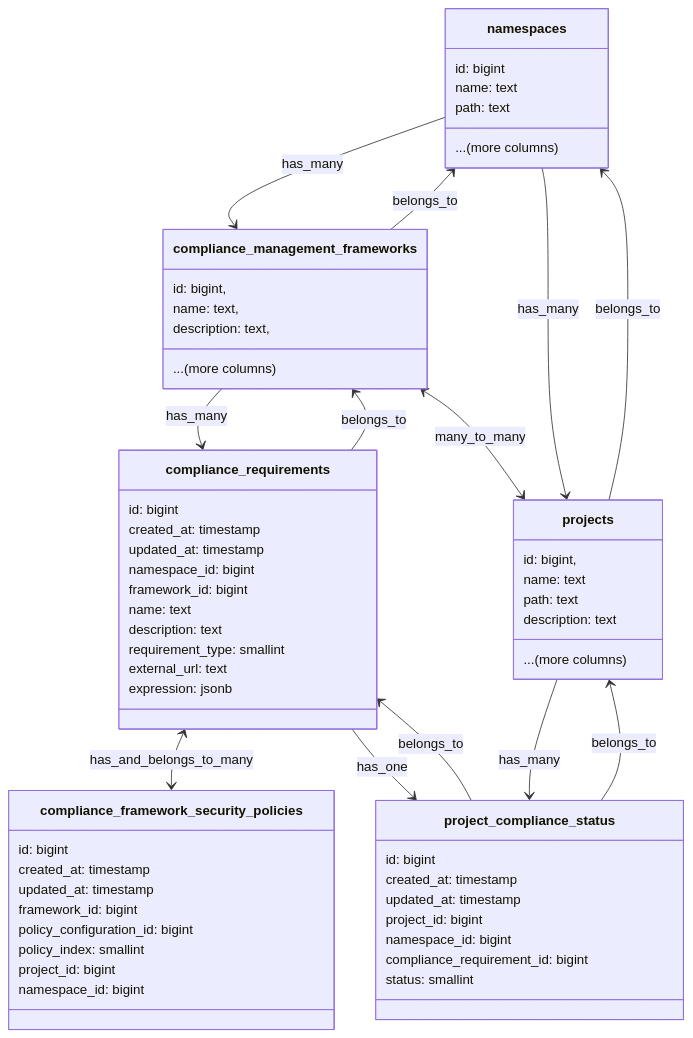
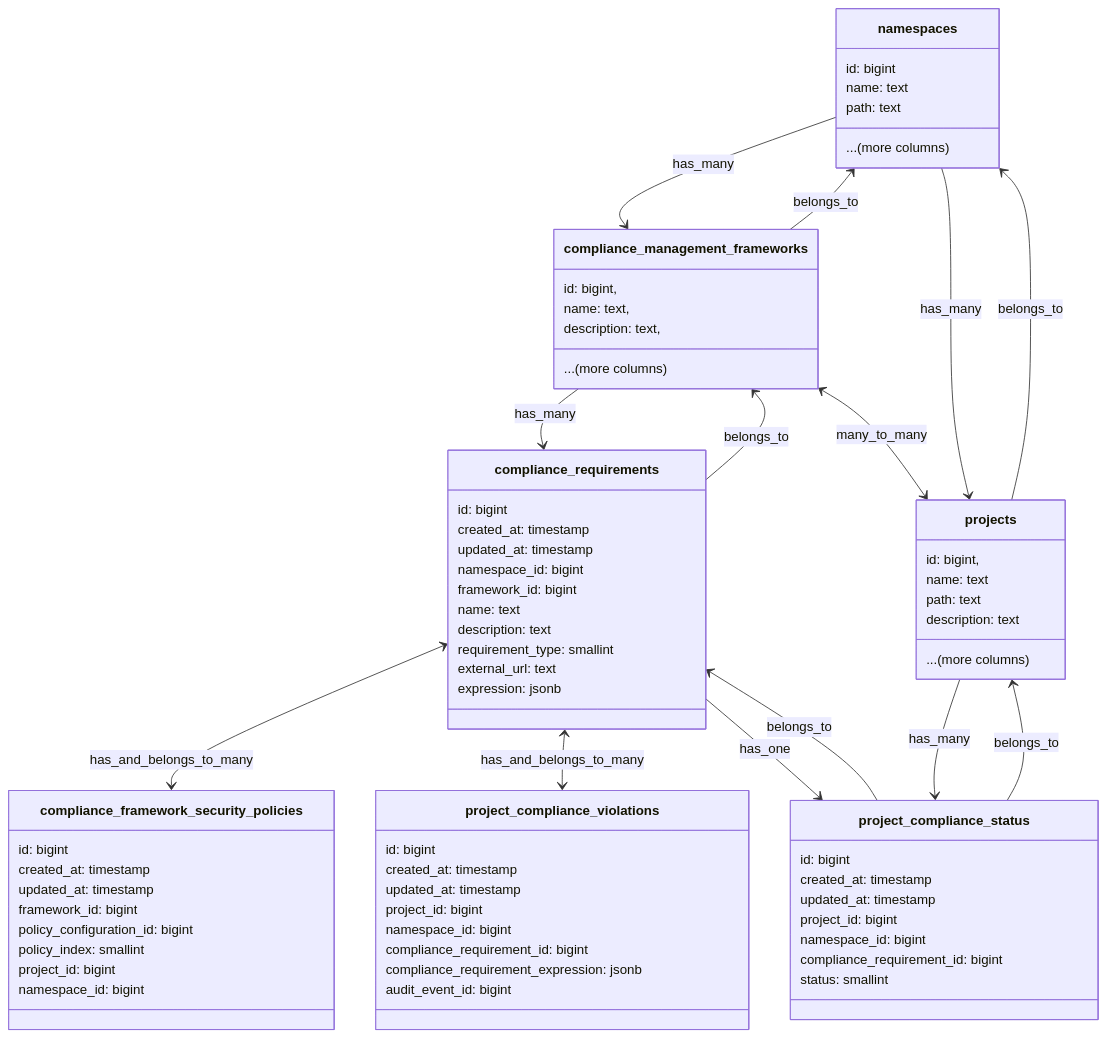
The diagram in content/handbook/engineering/architecture/design-documents/compliance-adherence-reporting/_index.md (moliver28/research-handbook), drawn with Mermaid before and after one commit. The commit also changed other lines of this file and 1 other file, not shown here.

Commit message:
Add ADR for compliance violations engine

````diff
--- a/content/handbook/engineering/architecture/design-documents/compliance-adherence-reporting/_index.md
+++ b/content/handbook/engineering/architecture/design-documents/compliance-adherence-reporting/_index.md
@@ -115,69 +116,81 @@
 ```mermaid
     classDiagram
     class namespaces {
         id: bigint
         name: text
         path: text
         ...(more columns)
     }
     class projects {
         id: bigint,
         name: text
         path: text
         description: text
         ...(more columns)
     }
     class compliance_management_frameworks {
         id: bigint,
         name: text,
         description: text,
         ...(more columns)
     }
 
     class compliance_requirements {
         id: bigint
         created_at: timestamp
         updated_at: timestamp
         namespace_id: bigint
         framework_id: bigint
         name: text
         description: text
         requirement_type: smallint
         external_url: text
         expression: jsonb
     }
 
     class project_compliance_status {
         id: bigint
         created_at: timestamp
         updated_at: timestamp
         project_id: bigint
         namespace_id: bigint
         compliance_requirement_id: bigint
         status: smallint
     }
 
     class compliance_framework_security_policies {
         id: bigint
         created_at: timestamp
         updated_at: timestamp
         framework_id: bigint
         policy_configuration_id: bigint
         policy_index: smallint
         project_id: bigint
         namespace_id: bigint
     }
 
+    class project_compliance_violations {
+        id: bigint
+        created_at: timestamp
+        updated_at: timestamp
+        project_id: bigint
+        namespace_id: bigint
+        compliance_requirement_id: bigint
+        compliance_requirement_expression: jsonb
+        audit_event_id: bigint
+    }
+
     compliance_management_frameworks --> compliance_requirements : has_many
     compliance_management_frameworks <-- compliance_requirements : belongs_to
     compliance_management_frameworks <--> projects : many_to_many
     compliance_requirements <--> compliance_framework_security_policies : has_and_belongs_to_many
+    compliance_requirements <--> project_compliance_violations : has_and_belongs_to_many
     projects <-- namespaces : has_many
     projects --> namespaces : belongs_to
     namespaces --> compliance_management_frameworks : has_many
     namespaces <-- compliance_management_frameworks : belongs_to
     projects --> project_compliance_status : has_many
     projects <-- project_compliance_status : belongs_to
     compliance_requirements --> project_compliance_status : has_one
     compliance_requirements <-- project_compliance_status : belongs_to
 ```
````
